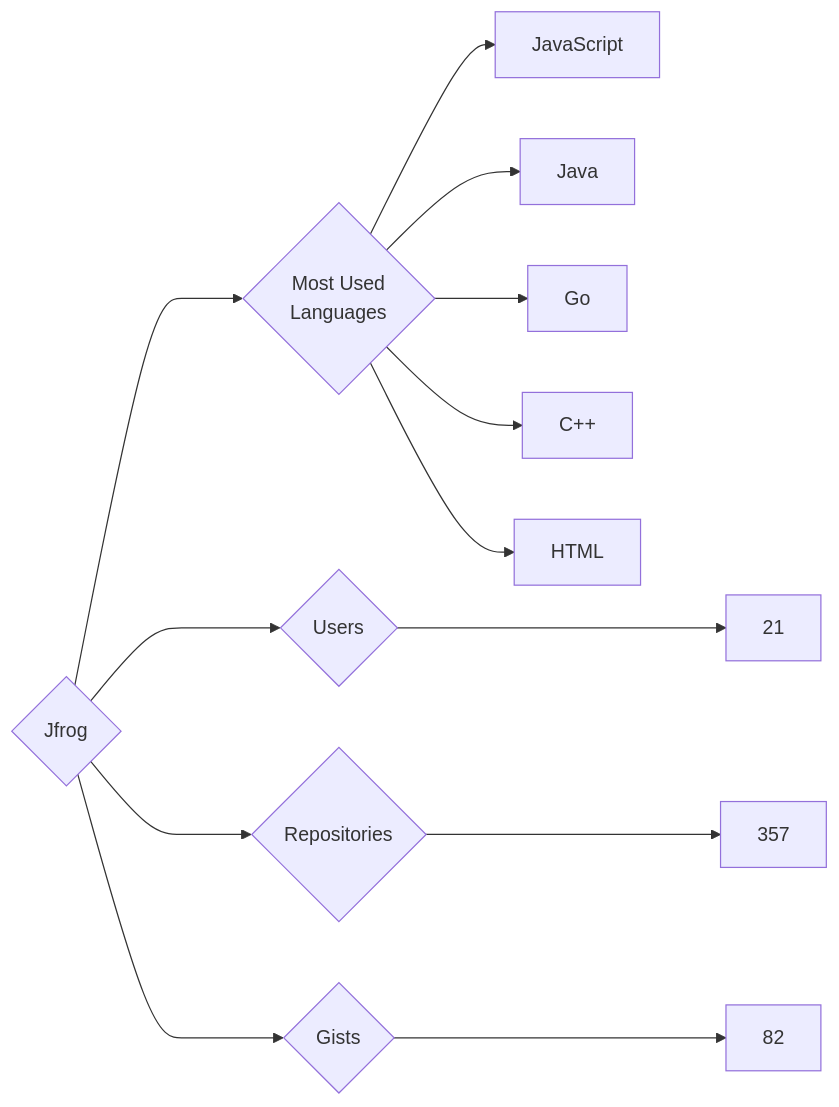
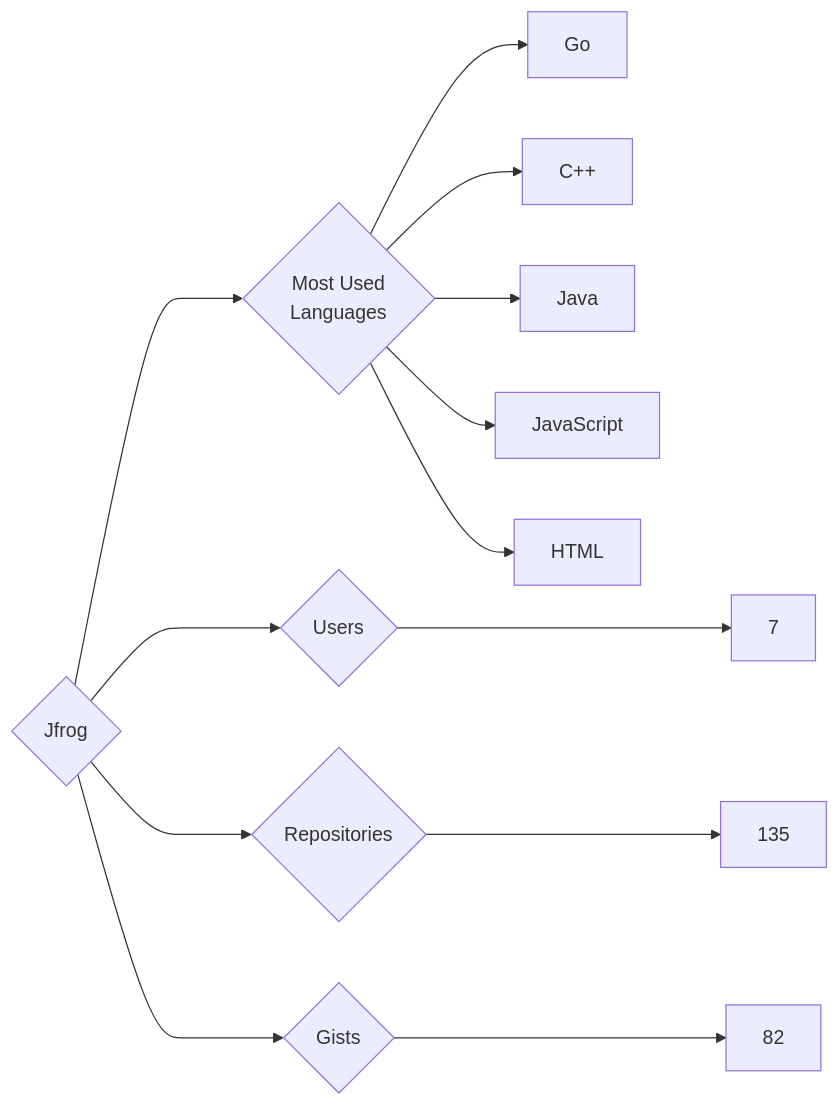
The diagram in targets/Jfrog/README.md (trickest/insiders), drawn with Mermaid before and after one commit. The commit also changed 640 other files, not shown here.

````diff
--- a/targets/Jfrog/README.md
+++ b/targets/Jfrog/README.md
@@ -3,13 +3,13 @@
 ```mermaid
 graph LR
 COMPANY_NAME{Jfrog}
-COMPANY_NAME ---> U{Users} ---> UN[21]
-COMPANY_NAME ---> R{Repositories} ---> RN[357]
+COMPANY_NAME ---> U{Users} ---> UN[7]
+COMPANY_NAME ---> R{Repositories} ---> RN[135]
 COMPANY_NAME ---> G{Gists} ---> GN[82]
 COMPANY_NAME ---> ML{Most Used<br>Languages}
-ML --> JavaScript[JavaScript]
-ML --> Java[Java]
 ML --> Go[Go]
 ML --> C++[C++]
+ML --> Java[Java]
+ML --> JavaScript[JavaScript]
 ML --> HTML[HTML]
 ```
````
